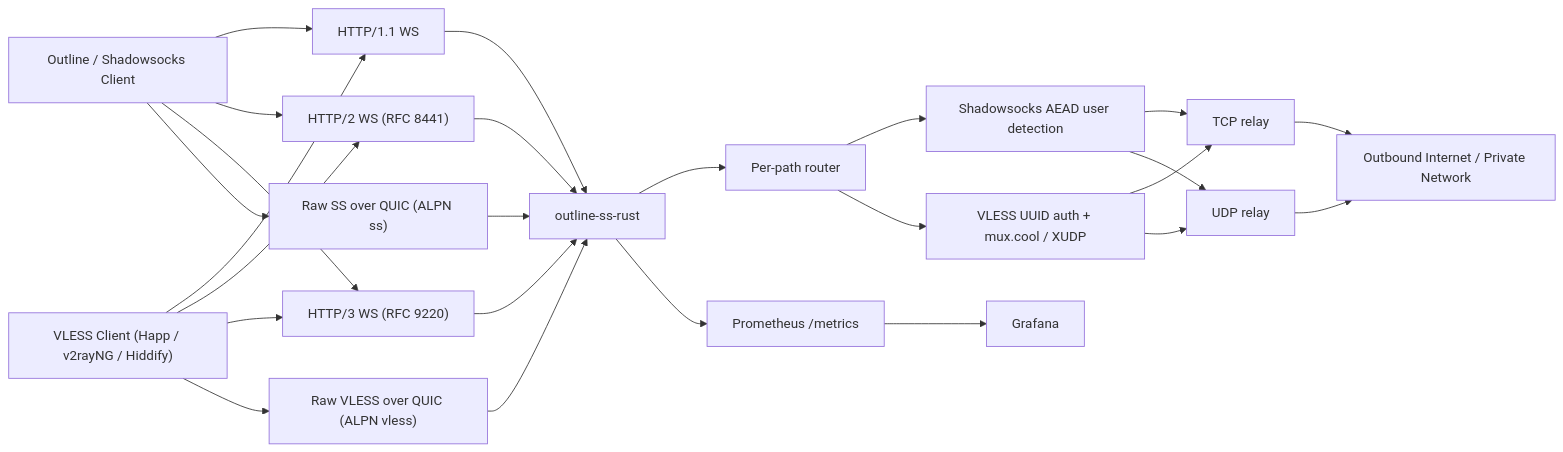
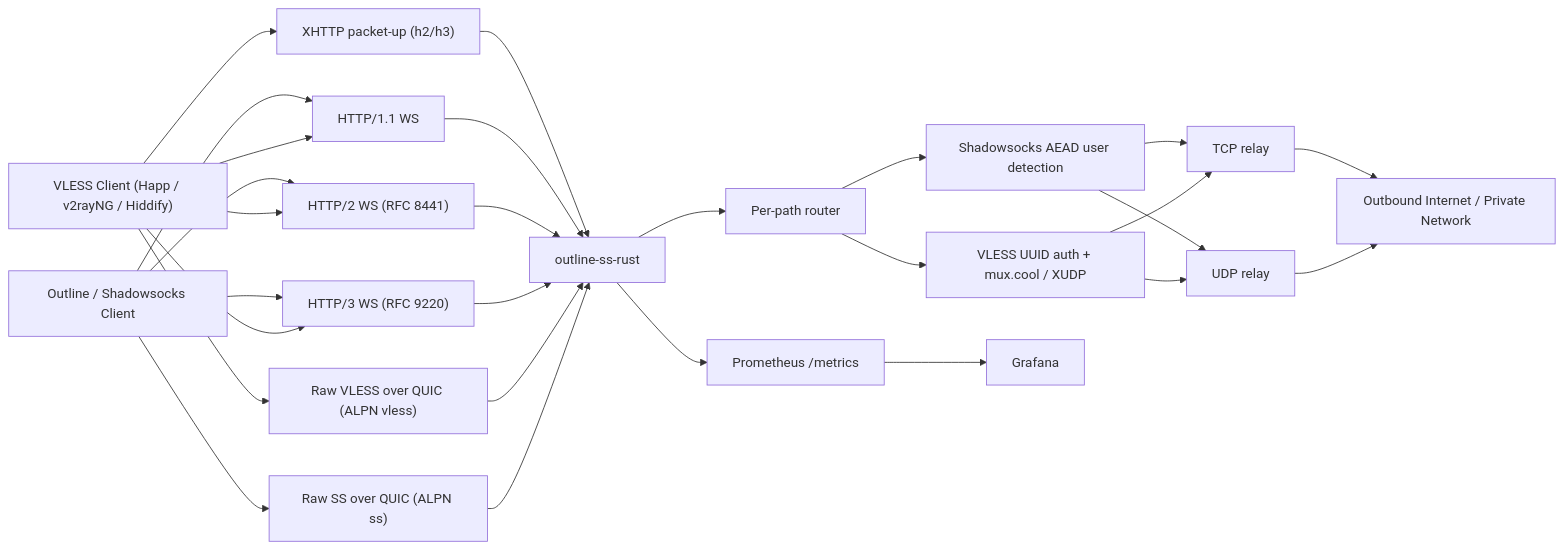
One commit to balookrd/outline-proxy changed the diagram in ss/README.md. Above: the diagram before and after it, drawn with Mermaid. The commit also changed other lines of this file and 4 other files, not shown here.

````diff
--- a/ss/README.md
+++ b/ss/README.md
@@ -68,33 +70,35 @@
 ```mermaid
 flowchart LR
     SS["Outline / Shadowsocks Client"] --> H1["HTTP/1.1 WS"]
     SS --> H2["HTTP/2 WS (RFC 8441)"]
     SS --> H3["HTTP/3 WS (RFC 9220)"]
     SS --> SSQ["Raw SS over QUIC (ALPN ss)"]
 
     VL["VLESS Client (Happ / v2rayNG / Hiddify)"] --> H1
     VL --> H2
     VL --> H3
     VL --> VLQ["Raw VLESS over QUIC (ALPN vless)"]
+    VL --> XH["XHTTP packet-up (h2/h3)"]
+    XH --> S
 
     H1 --> S["outline-ss-rust"]
     H2 --> S
     H3 --> S
     VLQ --> S
     SSQ --> S
 
     S --> ROUTER["Per-path router"]
     ROUTER --> SSAUTH["Shadowsocks AEAD user detection"]
     ROUTER --> VLAUTH["VLESS UUID auth + mux.cool / XUDP"]
 
     SSAUTH --> TCP["TCP relay"]
     SSAUTH --> UDP["UDP relay"]
     VLAUTH --> TCP
     VLAUTH --> UDP
 
     TCP --> NET["Outbound Internet / Private Network"]
     UDP --> NET
 
     S --> METRICS["Prometheus /metrics"]
     METRICS --> G["Grafana"]
 ```
````
